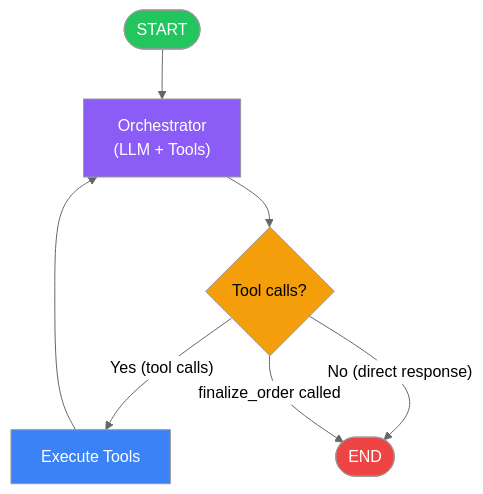
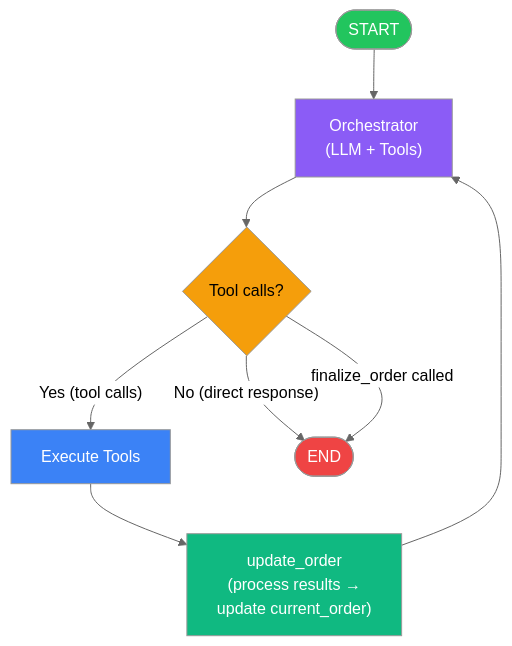
Before and after one commit to seanreed1111/mcdonalds-drive-thru-bot: the second of 12 diagrams in docs/thoughts/target-implementation/v1/langgraph-state-diagrams-v1.md, drawn with Mermaid (neutral theme). The commit also changed other lines of this file and 16 other files, not shown here.

````diff
--- a/docs/thoughts/target-implementation/v1/langgraph-state-diagrams-v1.md
+++ b/docs/thoughts/target-implementation/v1/langgraph-state-diagrams-v1.md
@@ -73,18 +73,20 @@
 ```mermaid
 flowchart TD
     START([START]) --> Orchestrator["Orchestrator<br/>(LLM + Tools)"]
 
     Orchestrator --> ShouldContinue{"Tool calls?"}
 
     ShouldContinue -->|"Yes (tool calls)"| Tools["Execute Tools"]
     ShouldContinue -->|"No (direct response)"| END([END])
     ShouldContinue -->|"finalize_order called"| END
 
-    Tools --> Orchestrator
+    Tools --> UpdateOrder["update_order<br/>(process results →<br/>update current_order)"]
+    UpdateOrder --> Orchestrator
 
     style START fill:#22c55e,color:#fff
     style END fill:#ef4444,color:#fff
     style Orchestrator fill:#8b5cf6,color:#fff
     style ShouldContinue fill:#f59e0b,color:#000
     style Tools fill:#3b82f6,color:#fff
+    style UpdateOrder fill:#10b981,color:#fff
 ```
````
